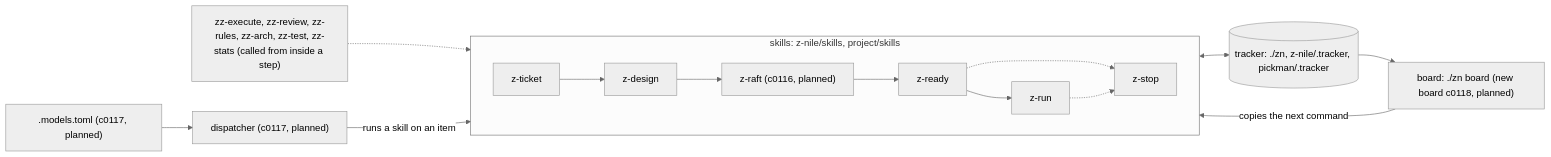
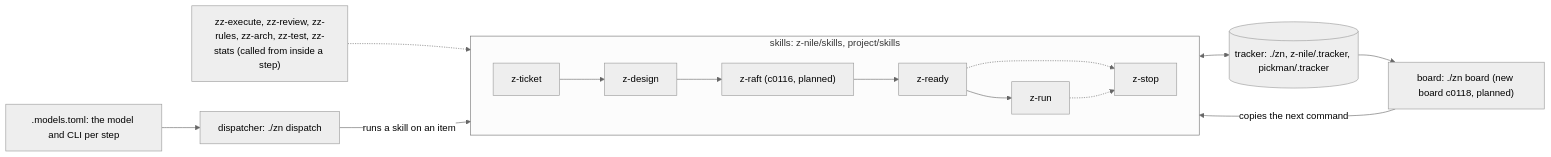
One commit to philipbergen/z-nile changed the first of 2 diagrams in z-nile/README.md. Above: the diagram before and after it, drawn with Mermaid (neutral theme). The commit also changed other lines of this file and 31 other files, not shown here.

First line of the commit message:
c0117: models and the dispatcher, from the prototype (.models.toml and models.luau, the dispatcher and its chain, adapters and runner, the git/gh wrapper, one tracker-state definition, the publish broker, the watermark, the model cell, prompts that name files, headless skills, docs)

````diff
--- a/z-nile/README.md
+++ b/z-nile/README.md
@@ -3,19 +3,19 @@
 ```mermaid
 flowchart LR
   subgraph skills["skills: z-nile/skills, project/skills"]
     direction LR
     zticket["z-ticket"] --> zdesign["z-design"] --> zraft["z-raft (c0116, planned)"] --> zready["z-ready"] --> zrun["z-run"]
     zready -.-> zstop["z-stop"]
     zrun -.-> zstop
   end
   steps["zz-execute, zz-review, zz-rules, zz-arch, zz-test, zz-stats (called from inside a step)"] -.-> skills
   tracker[("tracker: ./zn, z-nile/.tracker, pickman/.tracker")]
-  models[".models.toml (c0117, planned)"]
-  dispatcher["dispatcher (c0117, planned)"]
+  models[".models.toml: the model and CLI per step"]
+  dispatcher["dispatcher: ./zn dispatch"]
   board["board: ./zn board (new board c0118, planned)"]
   skills <--> tracker
   models --> dispatcher
   dispatcher -->|"runs a skill on an item"| skills
   tracker --> board
   board -->|"copies the next command"| skills
 ```
````
